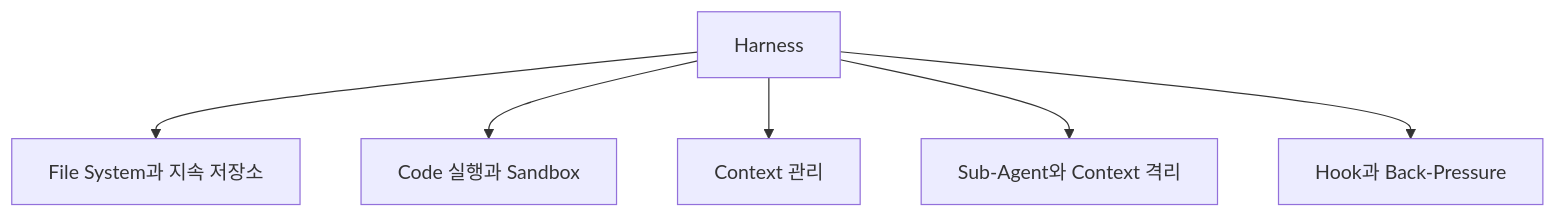
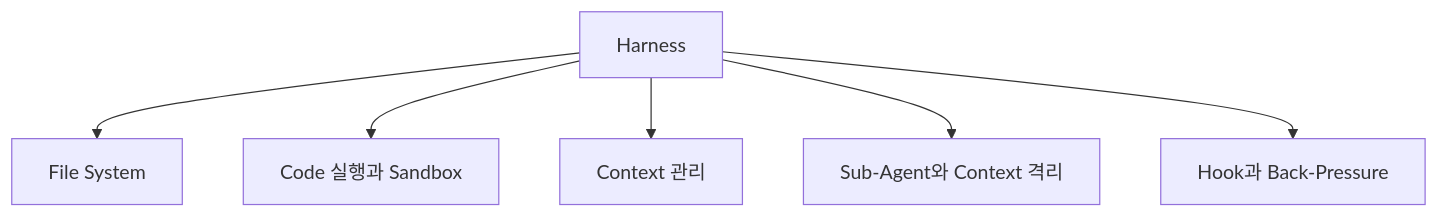
Before and after one commit to choesimin/choesimin.github.io: the second of 3 diagrams in collections/_notes/ai/harness-engineering/index.md, drawn with Mermaid. The commit also changed other lines of this file and 3 other files, not shown here.

````diff
--- a/collections/_notes/ai/harness-engineering/index.md
+++ b/collections/_notes/ai/harness-engineering/index.md
@@ -96,8 +159,8 @@
 ```mermaid
 flowchart TB
-    harness_core[Harness] --> filesystem[File System과 지속 저장소]
+    harness_core[Harness] --> filesystem[File System]
     harness_core --> sandbox_exec[Code 실행과 Sandbox]
     harness_core --> context_mgmt[Context 관리]
     harness_core --> subagent_isolation[Sub-Agent와 Context 격리]
     harness_core --> hook_bp[Hook과 Back-Pressure]
 ```
````
